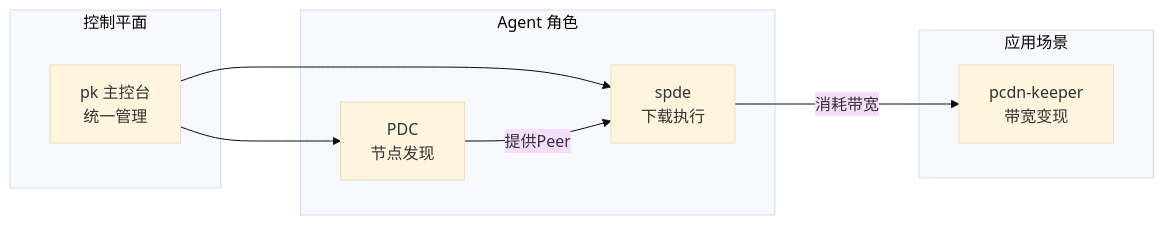
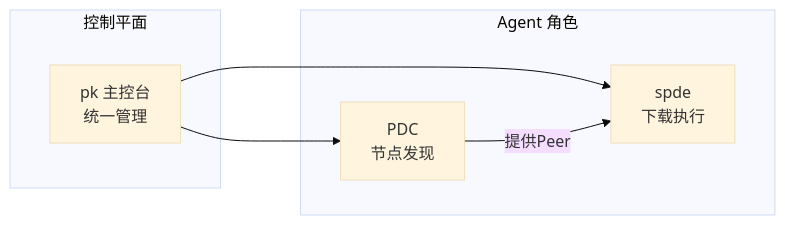
The second of 3 diagrams in docs/architecture/01-system-context.md (PandaNetOS/pdc), drawn with Mermaid before and after one commit. The commit also changed other lines of this file, not shown here.

Commit message:
docs: 系统上下文图移除pcdn-keeper（已从生态移除）

````diff
--- a/docs/architecture/01-system-context.md
+++ b/docs/architecture/01-system-context.md
@@ -68,20 +66,16 @@
 ```mermaid
 %%{init: {'theme':'base', 'themeVariables': {'fontSize':'16px'}, 'flowchart': {'nodeSpacing': 50, 'rankSpacing': 80}, 'sequence': {'actorMargin': 50, 'messageMargin': 20}}}%%
 graph LR
     subgraph "Agent 角色"
         A1[spde<br/>下载执行]
         A2[PDC<br/>节点发现]
     end
 
-    subgraph "应用场景"
-        B1[pcdn-keeper<br/>带宽变现]
-    end
 
     subgraph "控制平面"
         C1[pk 主控台<br/>统一管理]
     end
 
     C1 --> A1 & A2
     A2 -->|提供Peer| A1
-    A1 -->|消耗带宽| B1
 ```
````
